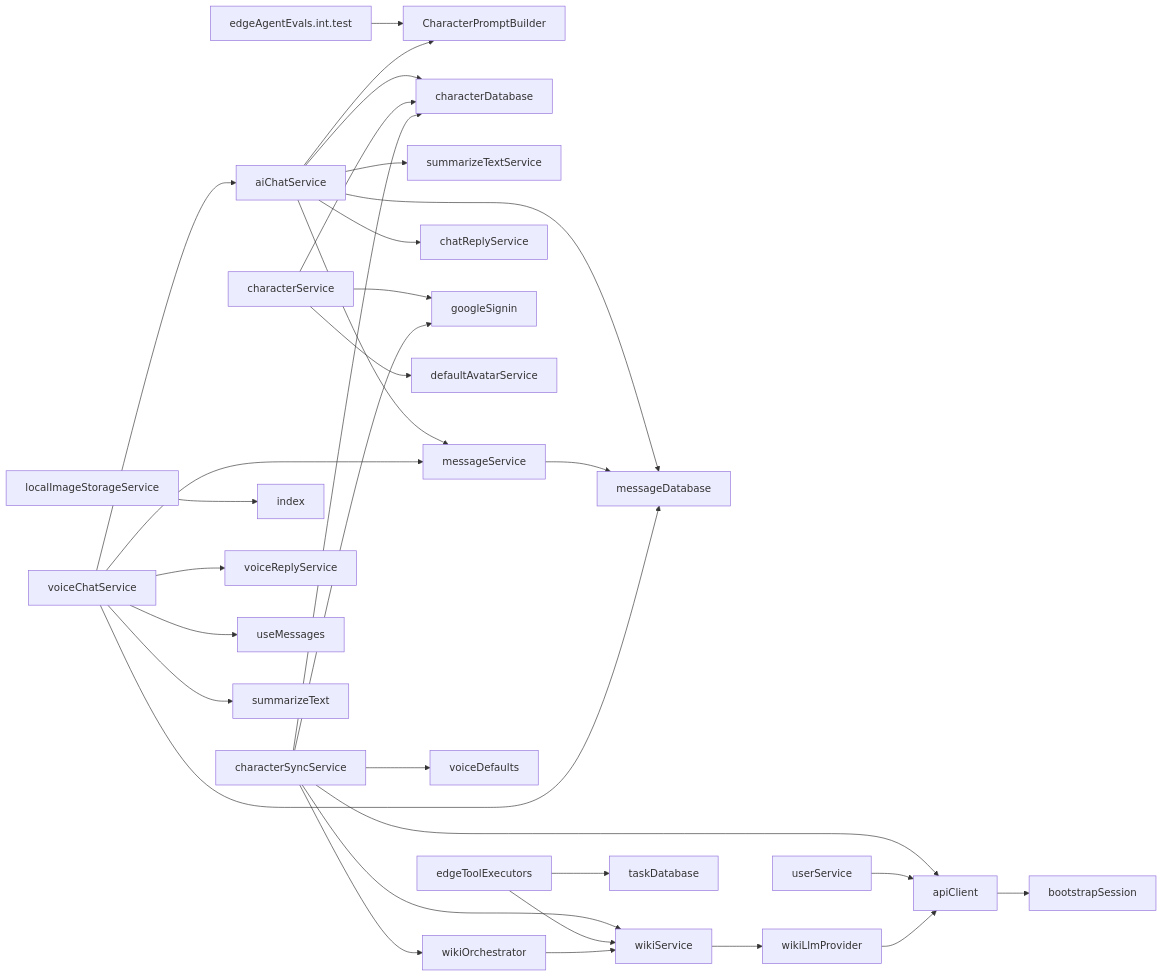
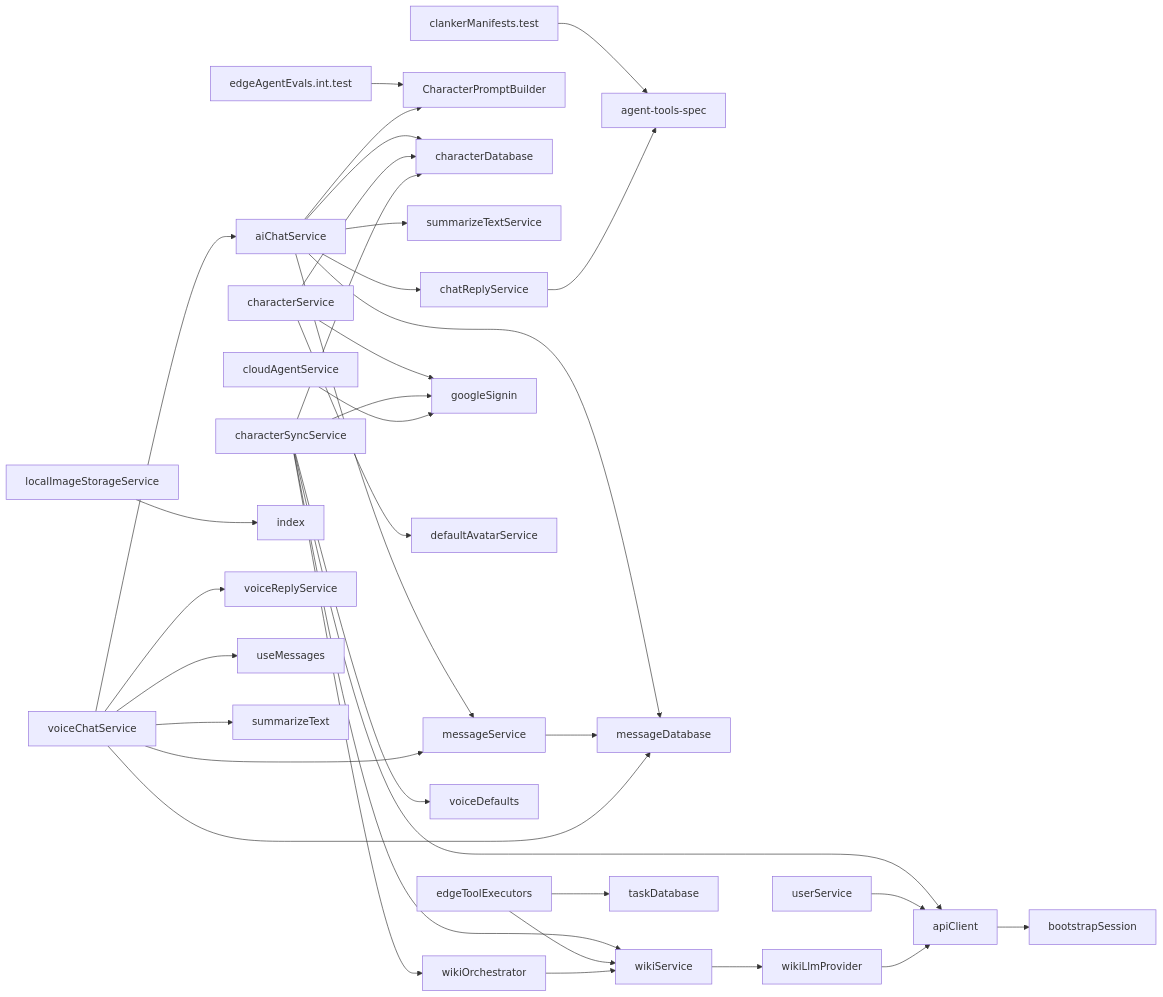
The diagram in docs/flowcharts/services.md (equationalapplications/clanker), drawn with Mermaid before and after one commit. The commit also changed 9 other files, not shown here.

````diff
--- a/docs/flowcharts/services.md
+++ b/docs/flowcharts/services.md
@@ -4,34 +4,37 @@
 ```mermaid
 graph LR
+  clankerManifests.test --> agent-tools-spec
   edgeAgentEvals.int.test --> CharacterPromptBuilder
   aiChatService --> messageDatabase
   aiChatService --> characterDatabase
   aiChatService --> summarizeTextService
   aiChatService --> messageService
   aiChatService --> CharacterPromptBuilder
   aiChatService --> chatReplyService
   apiClient --> bootstrapSession
   characterService --> googleSignin
   characterService --> characterDatabase
   characterService --> defaultAvatarService
   characterSyncService --> characterDatabase
   characterSyncService --> wikiService
   characterSyncService --> apiClient
   characterSyncService --> wikiOrchestrator
   characterSyncService --> googleSignin
   characterSyncService --> voiceDefaults
+  chatReplyService --> agent-tools-spec
+  cloudAgentService --> googleSignin
   edgeToolExecutors --> wikiService
   edgeToolExecutors --> taskDatabase
   localImageStorageService --> index
   messageService --> messageDatabase
   userService --> apiClient
   voiceChatService --> messageService
   voiceChatService --> voiceReplyService
   voiceChatService --> messageDatabase
   voiceChatService --> aiChatService
   voiceChatService --> useMessages
   voiceChatService --> summarizeText
   wikiLlmProvider --> apiClient
   wikiOrchestrator --> wikiService
   wikiService --> wikiLlmProvider
 ```
````
